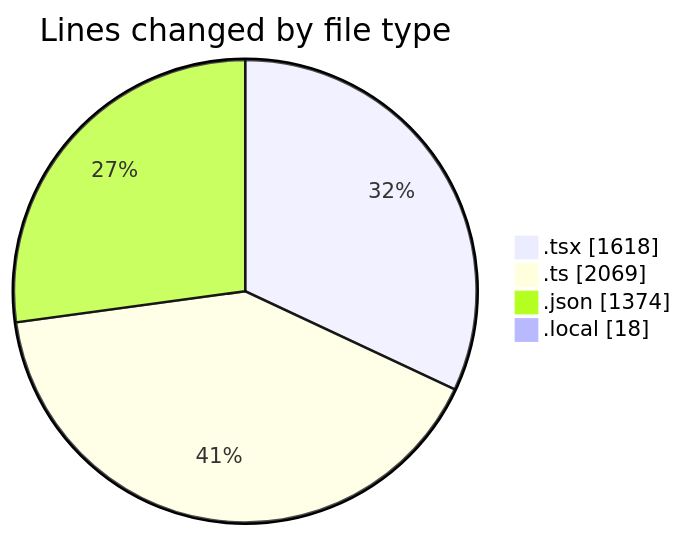
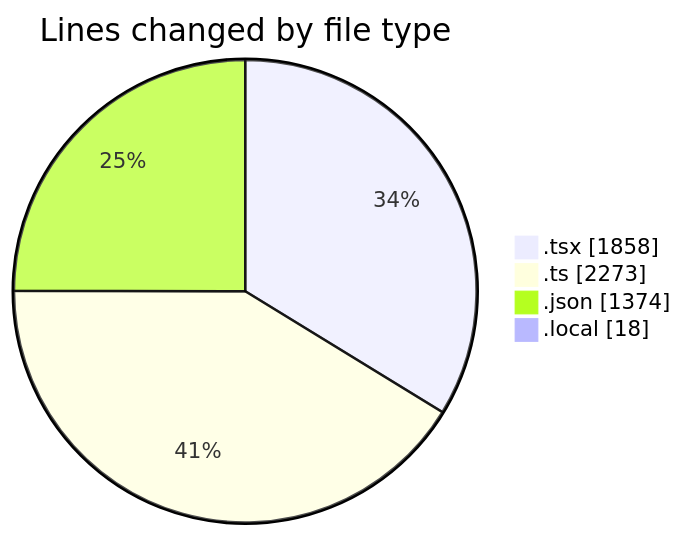
Before and after one commit to julien-gomy/code-tracking: the first of 2 diagrams in 2025-10-16/eventscop-frontend-guide__workspace_/README.md, drawn with Mermaid. The commit also changed other lines of this file and 1 other file, not shown here.

````diff
--- a/2025-10-16/eventscop-frontend-guide__workspace_/README.md
+++ b/2025-10-16/eventscop-frontend-guide__workspace_/README.md
@@ -47,8 +50,8 @@
 ```mermaid
 pie showData
 title Lines changed by file type
-".tsx" : 1618
-".ts" : 2069
+".tsx" : 1858
+".ts" : 2273
 ".json" : 1374
 ".local" : 18
 ```
````
